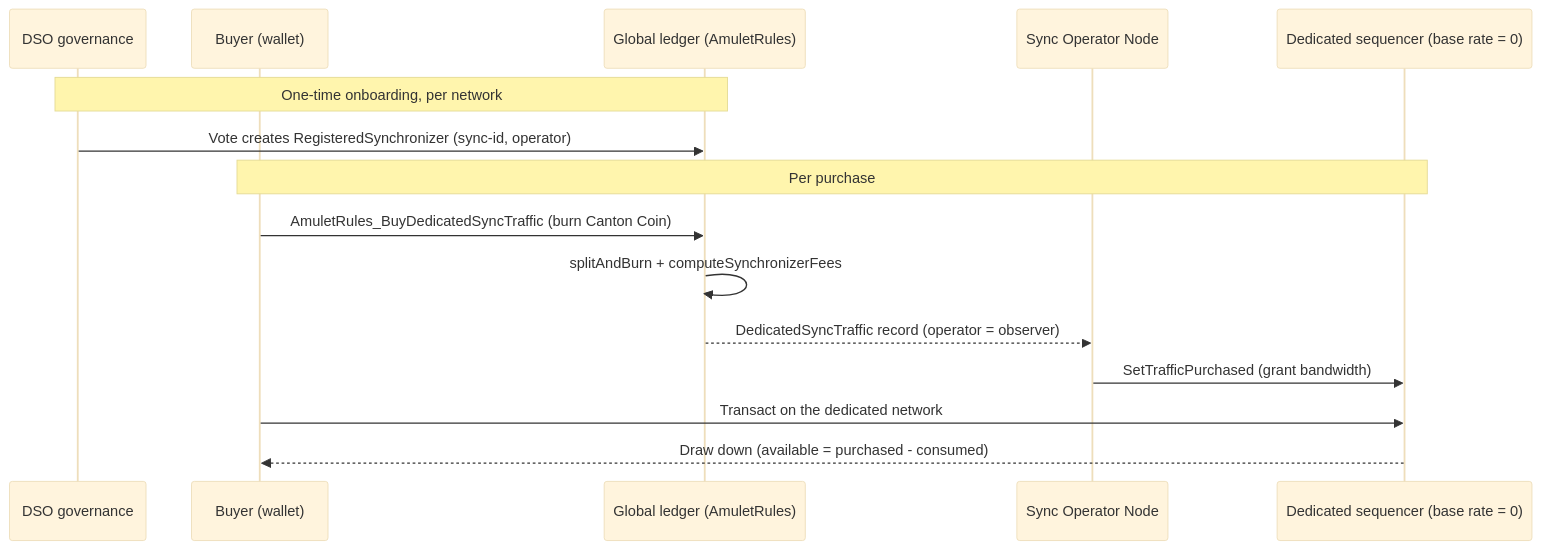
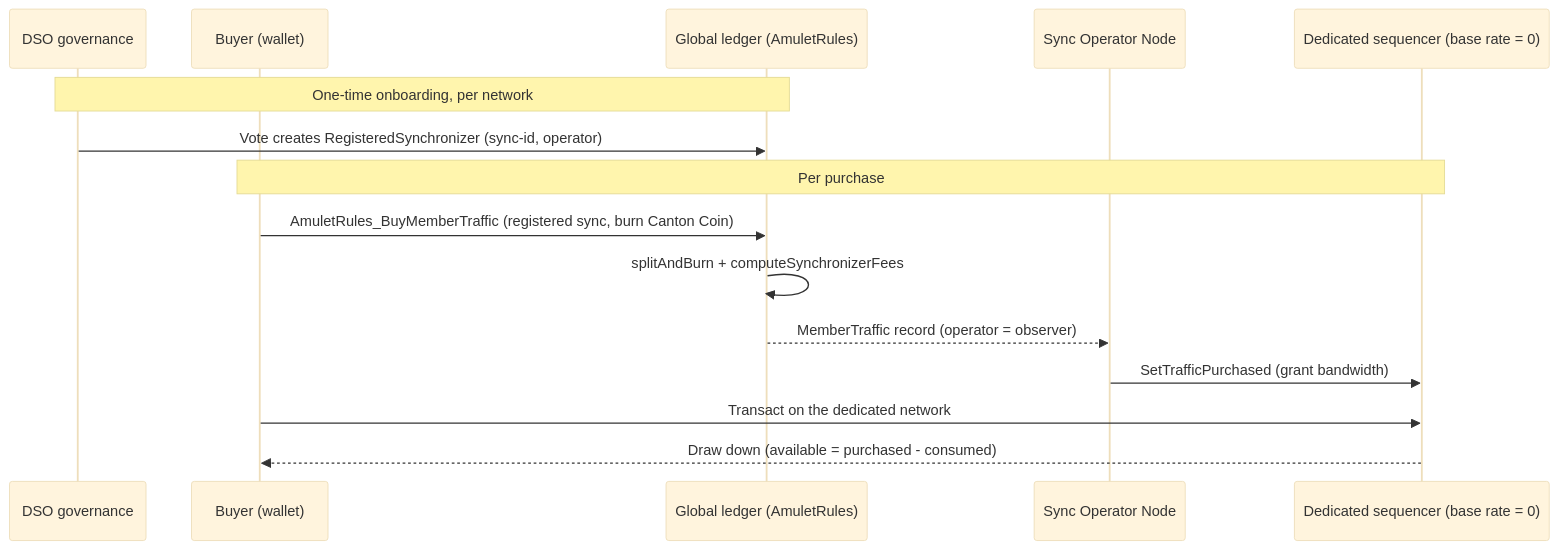
The second of 2 diagrams in docs/grant/extending-mainnet-dev-fund.md (ChainSafe/canton-extending-mainnet), drawn with Mermaid (base theme) before and after one commit. The commit also changed other lines of this file, not shown here.

First line of the commit message:
docs(grant): integrate Peter + Tim reviews; fix Diagram B; refine milestones

````diff
--- a/docs/grant/extending-mainnet-dev-fund.md
+++ b/docs/grant/extending-mainnet-dev-fund.md
@@ -103,18 +108,18 @@
 ```mermaid
 sequenceDiagram
     participant DSO as DSO governance
     participant B as Buyer (wallet)
     participant G as Global ledger (AmuletRules)
     participant O as Sync Operator Node
     participant S as Dedicated sequencer (base rate = 0)
 
     Note over DSO,G: One-time onboarding, per network
     DSO->>G: Vote creates RegisteredSynchronizer (sync-id, operator)
     Note over B,S: Per purchase
-    B->>G: AmuletRules_BuyDedicatedSyncTraffic (burn Canton Coin)
+    B->>G: AmuletRules_BuyMemberTraffic (registered sync, burn Canton Coin)
     G->>G: splitAndBurn + computeSynchronizerFees
-    G-->>O: DedicatedSyncTraffic record (operator = observer)
+    G-->>O: MemberTraffic record (operator = observer)
     O->>S: SetTrafficPurchased (grant bandwidth)
     B->>S: Transact on the dedicated network
     S-->>B: Draw down (available = purchased - consumed)
 ```
````
